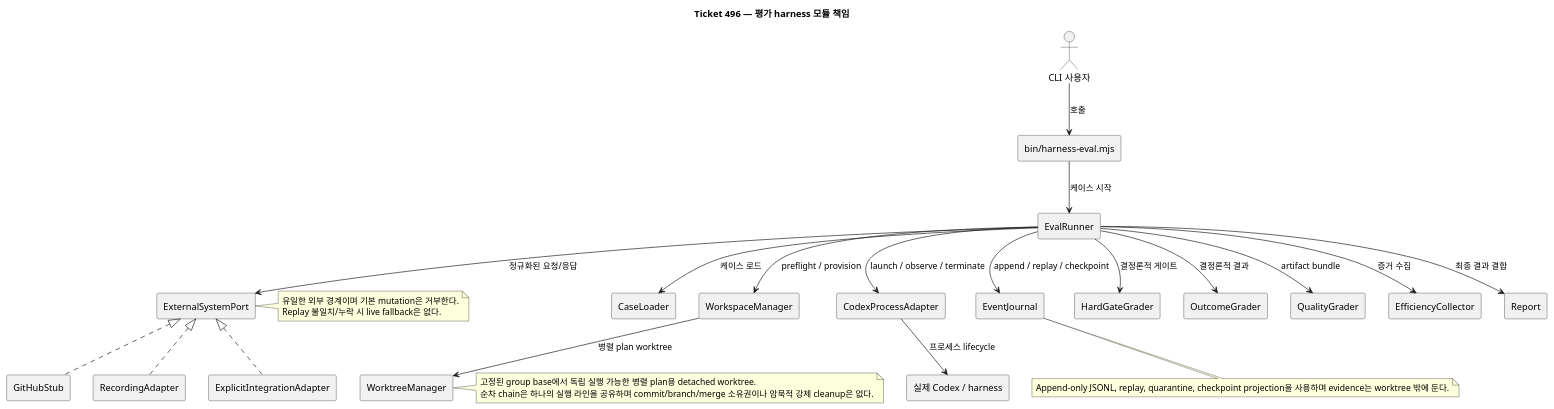
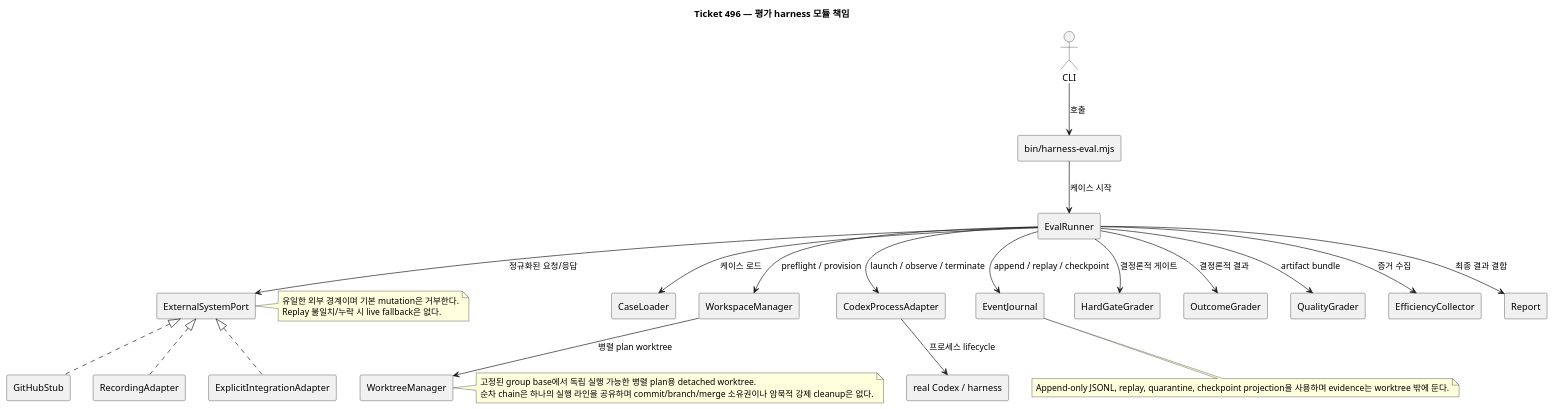
One commit to omegafrog/harness-codex changed the diagram in docs/specs/496/diagrams/architecture/eval.class.puml. Above: the diagram before and after it, drawn with PlantUML. The commit also changed 29 other files, not shown here.

```diff
--- a/docs/specs/496/diagrams/architecture/eval.class.puml
+++ b/docs/specs/496/diagrams/architecture/eval.class.puml
@@ -1,52 +1,52 @@
 @startuml
 ' Architecture ticket 496; Product UC-001, UC-002, UC-003 지원.
 title Ticket 496 — 평가 harness 모듈 책임
 skinparam componentStyle rectangle
 skinparam classAttributeIconSize 0
-actor "CLI 사용자" as CLI
+actor CLI
 component "bin/harness-eval.mjs" as EvalCLI
 component EvalRunner
 component CaseLoader
 component WorkspaceManager
 component WorktreeManager
 component CodexProcessAdapter
 component ExternalSystemPort
 component GitHubStub
 component RecordingAdapter
 component ExplicitIntegrationAdapter
 component EventJournal
 component HardGateGrader
 component OutcomeGrader
 component QualityGrader
 component EfficiencyCollector
 component Report
-component "실제 Codex / harness" as RealHarness
+component "real Codex / harness" as RealHarness
 CLI --> EvalCLI : 호출
 EvalCLI --> EvalRunner : 케이스 시작
 EvalRunner --> CaseLoader : 케이스 로드
 EvalRunner --> WorkspaceManager : preflight / provision
 WorkspaceManager --> WorktreeManager : 병렬 plan worktree
 EvalRunner --> CodexProcessAdapter : launch / observe / terminate
 CodexProcessAdapter --> RealHarness : 프로세스 lifecycle
 EvalRunner --> ExternalSystemPort : 정규화된 요청/응답
 ExternalSystemPort <|.. GitHubStub
 ExternalSystemPort <|.. RecordingAdapter
 ExternalSystemPort <|.. ExplicitIntegrationAdapter
 EvalRunner --> EventJournal : append / replay / checkpoint
 EvalRunner --> HardGateGrader : 결정론적 게이트
 EvalRunner --> OutcomeGrader : 결정론적 결과
 EvalRunner --> QualityGrader : artifact bundle
 EvalRunner --> EfficiencyCollector : 증거 수집
 EvalRunner --> Report : 최종 결과 결합
 note right of ExternalSystemPort
 유일한 외부 경계이며 기본 mutation은 거부한다.
 Replay 불일치/누락 시 live fallback은 없다.
 end note
 note right of WorktreeManager
 고정된 group base에서 독립 실행 가능한 병렬 plan용 detached worktree.
 순차 chain은 하나의 실행 라인을 공유하며 commit/branch/merge 소유권이나 암묵적 강제 cleanup은 없다.
 end note
 note bottom of EventJournal
 Append-only JSONL, replay, quarantine, checkpoint projection을 사용하며 evidence는 worktree 밖에 둔다.
 end note
 @enduml
```
